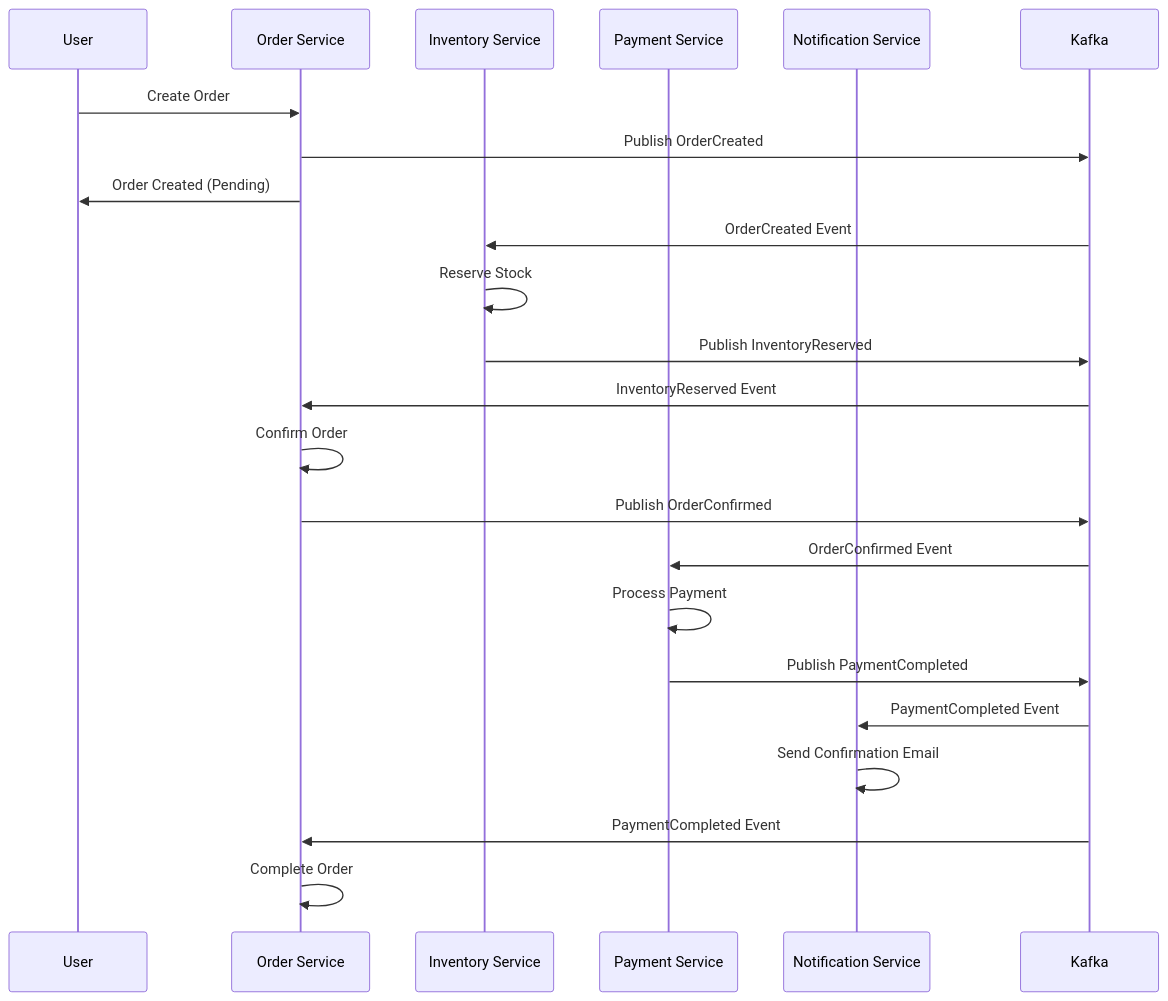
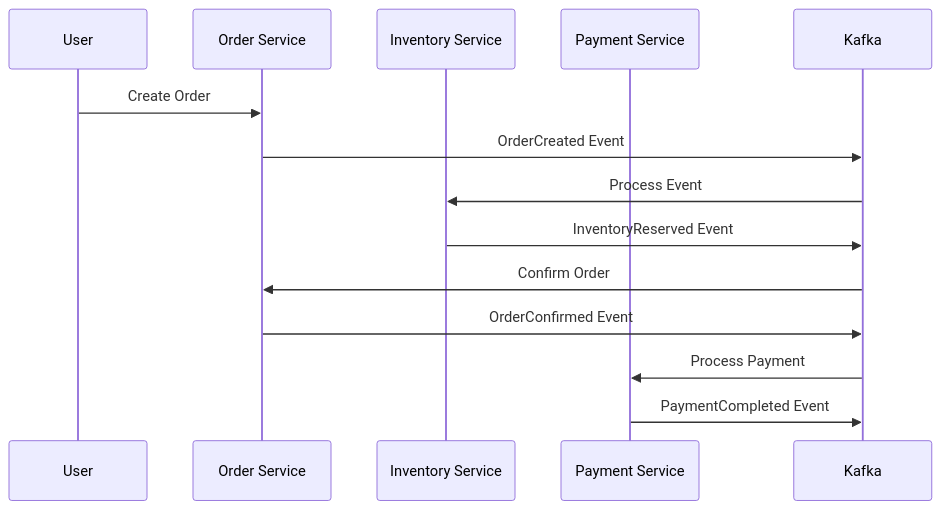
Before and after one commit to SU-KDT-2025-FINAL/msa-event-driven-architecture: the diagram in ByungJunPark/Kafka-EventSourcing-MSA-Example.md, drawn with Mermaid. The commit also changed other lines of this file and 1 other file, not shown here.

````diff
--- a/ByungJunPark/Kafka-EventSourcing-MSA-Example.md
+++ b/ByungJunPark/Kafka-EventSourcing-MSA-Example.md
@@ -663,31 +172,17 @@
 ```mermaid
 sequenceDiagram
     participant U as User
     participant O as Order Service
     participant I as Inventory Service
     participant P as Payment Service
-    participant N as Notification Service
     participant K as Kafka
     
     U->>O: Create Order
-    O->>K: Publish OrderCreated
-    O->>U: Order Created (Pending)
-    
-    K->>I: OrderCreated Event
-    I->>I: Reserve Stock
-    I->>K: Publish InventoryReserved
-    
-    K->>O: InventoryReserved Event
-    O->>O: Confirm Order
-    O->>K: Publish OrderConfirmed
-    
-    K->>P: OrderConfirmed Event
-    P->>P: Process Payment
-    P->>K: Publish PaymentCompleted
-    
-    K->>N: PaymentCompleted Event
-    N->>N: Send Confirmation Email
-    
-    K->>O: PaymentCompleted Event
-    O->>O: Complete Order
+    O->>K: OrderCreated Event
+    K->>I: Process Event
+    I->>K: InventoryReserved Event
+    K->>O: Confirm Order
+    O->>K: OrderConfirmed Event
+    K->>P: Process Payment
+    P->>K: PaymentCompleted Event
 ```
````
